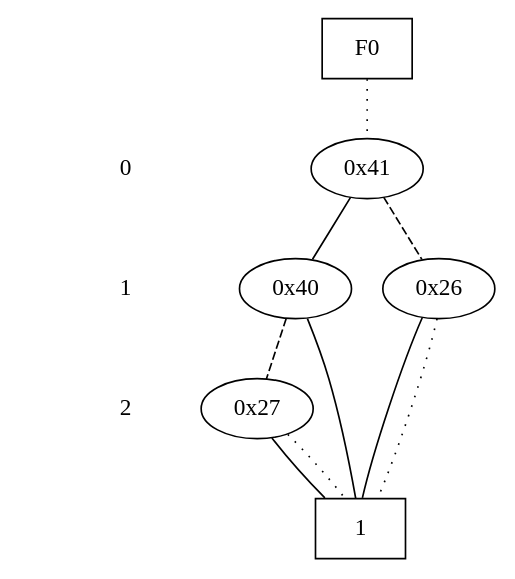
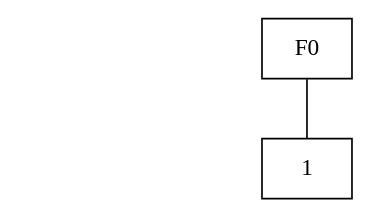
Before and after one commit to Luke2336/EDA_2021_Spring: the diagram in lab3/src/out.dot, drawn with Graphviz. The commit also changed 6 other files, not shown here.

```diff
--- a/lab3/src/out.dot
+++ b/lab3/src/out.dot
@@ -1,36 +1,18 @@
 digraph "DD" {
 size = "7.5,10"
 center = true;
 edge [dir = none];
 { node [shape = plaintext];
   edge [style = invis];
   "CONST NODES" [style = invis];
-" 0 " -> " 1 " -> " 2 " -> "CONST NODES"; 
+"CONST NODES"; 
 }
 { rank = same; node [shape = box]; edge [style = invis];
 "F0"; }
-{ rank = same; " 0 ";
-"0x41";
-}
-{ rank = same; " 1 ";
-"0x40";
-"0x26";
-}
-{ rank = same; " 2 ";
-"0x27";
-}
 { rank = same; "CONST NODES";
-{ node [shape = box]; "0x21";
+{ node [shape = box]; "0";
 }
 }
-"F0" -> "0x41" [style = dotted];
-"0x41" -> "0x40";
-"0x41" -> "0x26" [style = dashed];
-"0x40" -> "0x21";
-"0x40" -> "0x27" [style = dashed];
-"0x26" -> "0x21";
-"0x26" -> "0x21" [style = dotted];
-"0x27" -> "0x21";
-"0x27" -> "0x21" [style = dotted];
-"0x21" [label = "1"];
+"F0" -> "0" [style = solid];
+"0" [label = "1"];
 }
```
